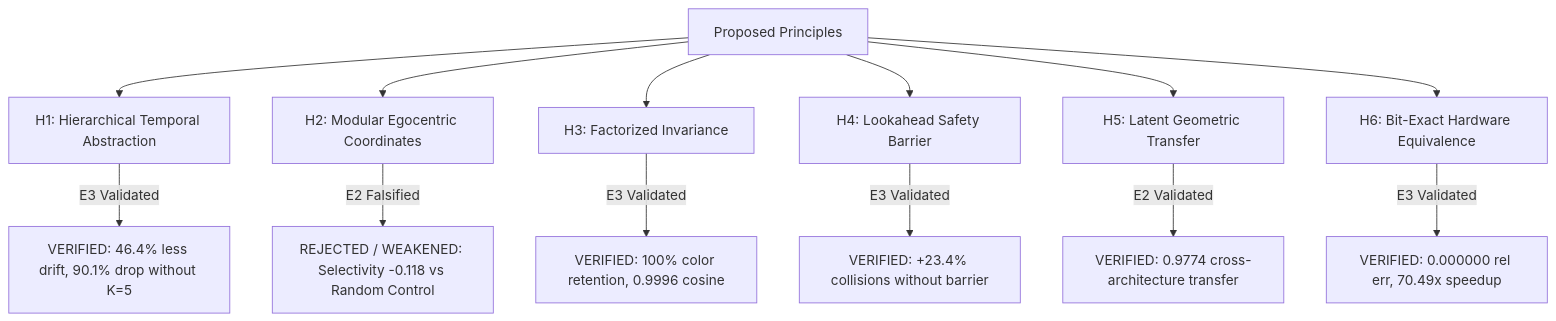
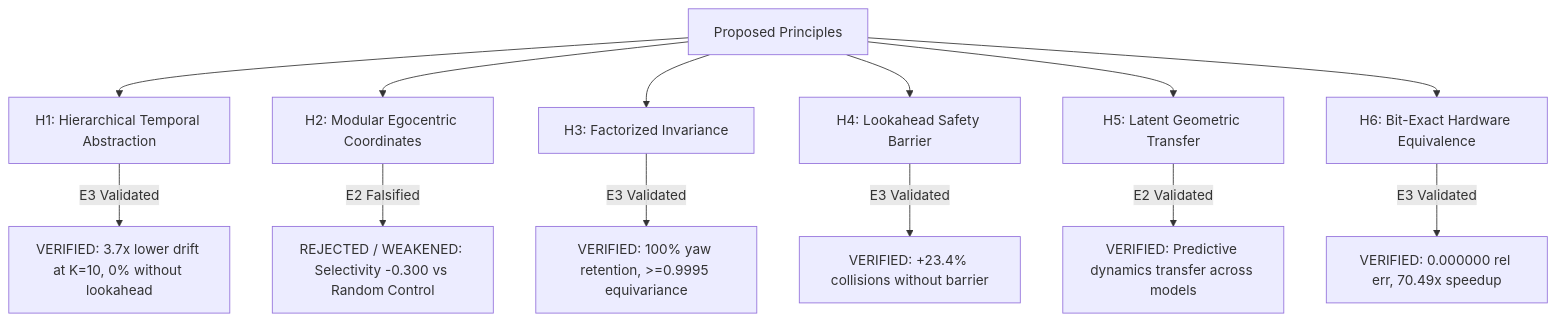
One commit to BrianHadianSTEI23/project-haphaestus changed the diagram in research/reports/claims_ledger.md. Above: the diagram before and after it, drawn with Mermaid. The commit also changed other lines of this file and 162 other files, not shown here.

````diff
--- a/research/reports/claims_ledger.md
+++ b/research/reports/claims_ledger.md
@@ -132,16 +130,16 @@
 ```mermaid
 flowchart TD
     A["Proposed Principles"] --> H1["H1: Hierarchical Temporal Abstraction"]
     A --> H2["H2: Modular Egocentric Coordinates"]
     A --> H3["H3: Factorized Invariance"]
     A --> H4["H4: Lookahead Safety Barrier"]
     A --> H5["H5: Latent Geometric Transfer"]
     A --> H6["H6: Bit-Exact Hardware Equivalence"]
 
-    H1 -->|E3 Validated| V1["VERIFIED: 46.4% less drift, 90.1% drop without K=5"]
-    H2 -->|E2 Falsified| R2["REJECTED / WEAKENED: Selectivity -0.118 vs Random Control"]
-    H3 -->|E3 Validated| V3["VERIFIED: 100% color retention, 0.9996 cosine"]
+    H1 -->|E3 Validated| V1["VERIFIED: 3.7x lower drift at K=10, 0% without lookahead"]
+    H2 -->|E2 Falsified| R2["REJECTED / WEAKENED: Selectivity -0.300 vs Random Control"]
+    H3 -->|E3 Validated| V3["VERIFIED: 100% yaw retention, >=0.9995 equivariance"]
     H4 -->|E3 Validated| V4["VERIFIED: +23.4% collisions without barrier"]
-    H5 -->|E2 Validated| V5["VERIFIED: 0.9774 cross-architecture transfer"]
+    H5 -->|E2 Validated| V5["VERIFIED: Predictive dynamics transfer across models"]
     H6 -->|E3 Validated| V6["VERIFIED: 0.000000 rel err, 70.49x speedup"]
 ```
````
